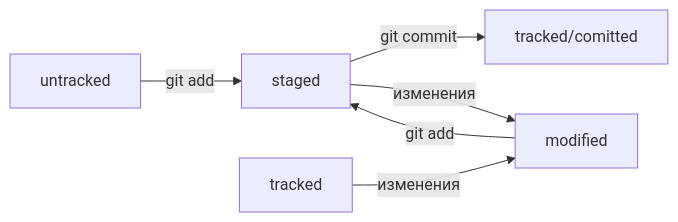
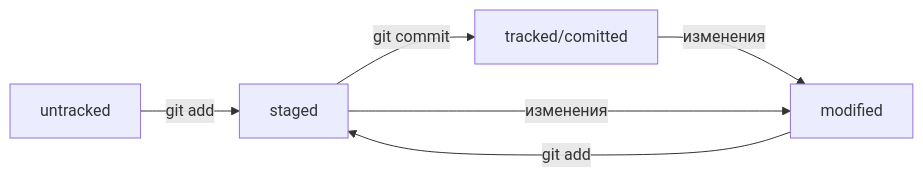
One commit to Kreidl/cribJava changed the diagram in README.md. Above: the diagram before and after it, drawn with Mermaid.

Commit message:
Исправить таблицу жизненного цикла файла в теме Статусы файлов

````diff
--- a/README.md
+++ b/README.md
@@ -68,8 +68,8 @@
 ```mermaid
 graph LR;
   untracked -- "git add" --> staged;
   staged    -- "git commit" --> tracked/comitted;
   modified    -- "git add" --> staged;
-  tracked   -- "изменения" --> modified;
+  tracked/comitted  -- "изменения" --> modified;
   staged    -- "изменения" --> modified;
 ```
````
